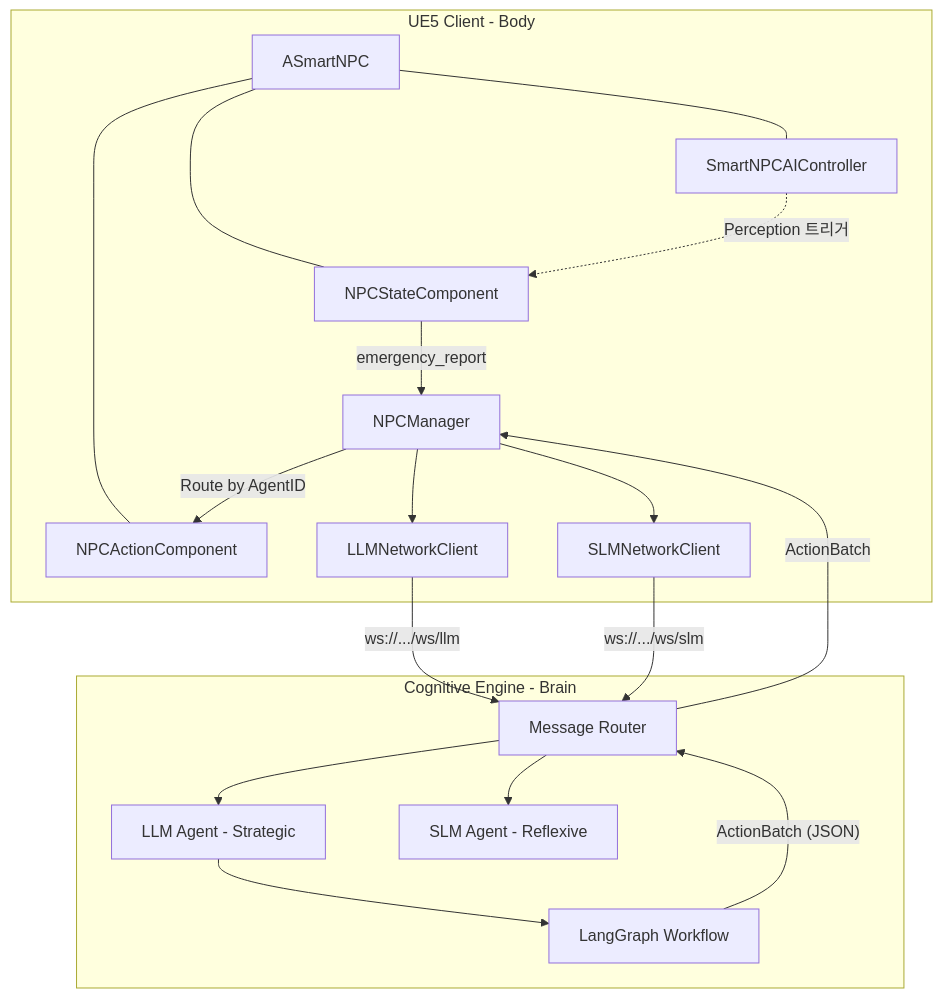
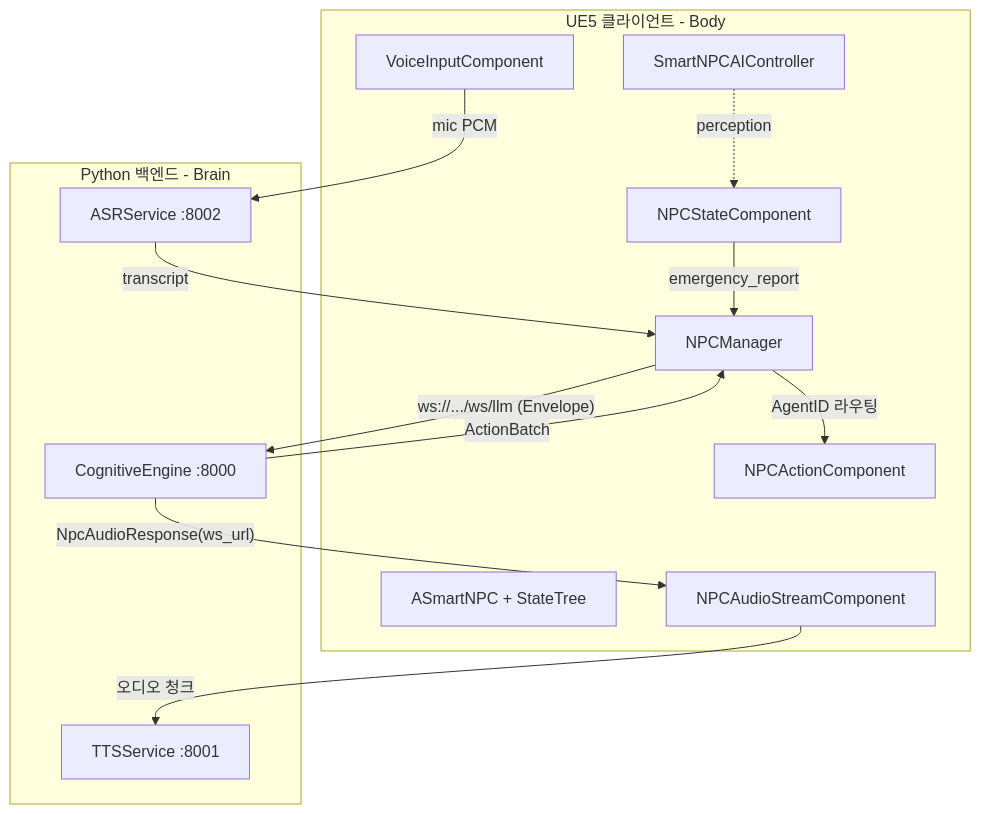
Before and after one commit to jukanmi/UE5-MCP-VR-Orchestrator: the diagram in README.md, drawn with Mermaid. The commit also changed other lines of this file and 3 other files, not shown here.

Commit message:
docs: README 4종 정확본 갱신 — 단일채널·StateTree·OpenVoice·로컬LLM (루트/Cognitive/TTS), ROADMAP §1.7 완료

````diff
--- a/README.md
+++ b/README.md
@@ -37,35 +29,26 @@
 ```mermaid
 graph TD
-    subgraph UE5_Client [UE5 Client - Body]
-        NPC[ASmartNPC]
+    subgraph UE5 [UE5 클라이언트 - Body]
+        NPC[ASmartNPC + StateTree]
+        AIC[SmartNPCAIController]
         SC[NPCStateComponent]
         AC[NPCActionComponent]
-        AIC[SmartNPCAIController]
         NM[NPCManager]
-        LLMC[LLMNetworkClient]
-        SLMC[SLMNetworkClient]
+        VI[VoiceInputComponent]
+        AU[NPCAudioStreamComponent]
     end
-
-    subgraph Python_Backend [Cognitive Engine - Brain]
-        Router[Message Router]
-        LLM[LLM Agent - Strategic]
-        SLM[SLM Agent - Reflexive]
-        LG[LangGraph Workflow]
+    subgraph PY [Python 백엔드 - Brain]
+        CE[CognitiveEngine :8000]
+        TTS[TTSService :8001]
+        ASR[ASRService :8002]
     end
-
-    NPC --- SC
-    NPC --- AC
-    NPC --- AIC
-    AIC -.->|Perception 트리거| SC
+    AIC -.->|perception| SC
     SC -->|emergency_report| NM
-    NM --> LLMC
-    NM --> SLMC
-    LLMC -- "ws://.../ws/llm" --> Router
-    SLMC -- "ws://.../ws/slm" --> Router
-    Router --> LLM
-    Router --> SLM
-    LLM --> LG
-    LG -- "ActionBatch (JSON)" --> Router
-    Router -- "ActionBatch" --> NM
-    NM -->|Route by AgentID| AC
+    VI -->|mic PCM| ASR
+    ASR -->|transcript| NM
+    NM -- "ws://.../ws/llm (Envelope)" --> CE
+    CE -- "ActionBatch" --> NM
+    CE -- "NpcAudioResponse(ws_url)" --> AU
+    AU -->|오디오 청크| TTS
+    NM -->|AgentID 라우팅| AC
 ```
````
